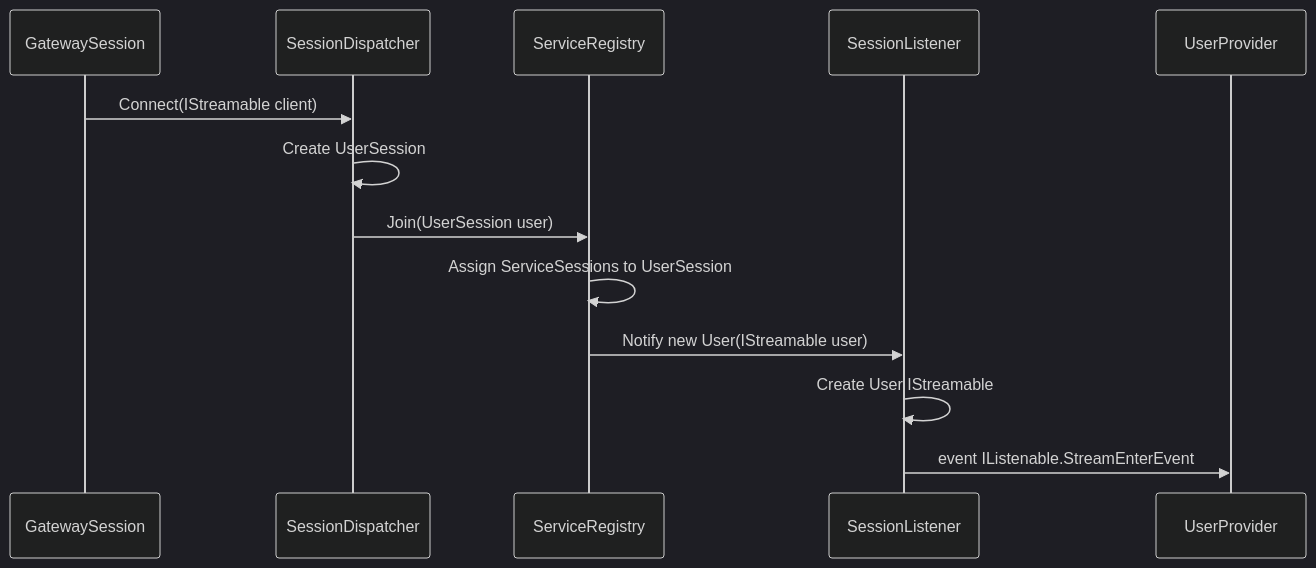
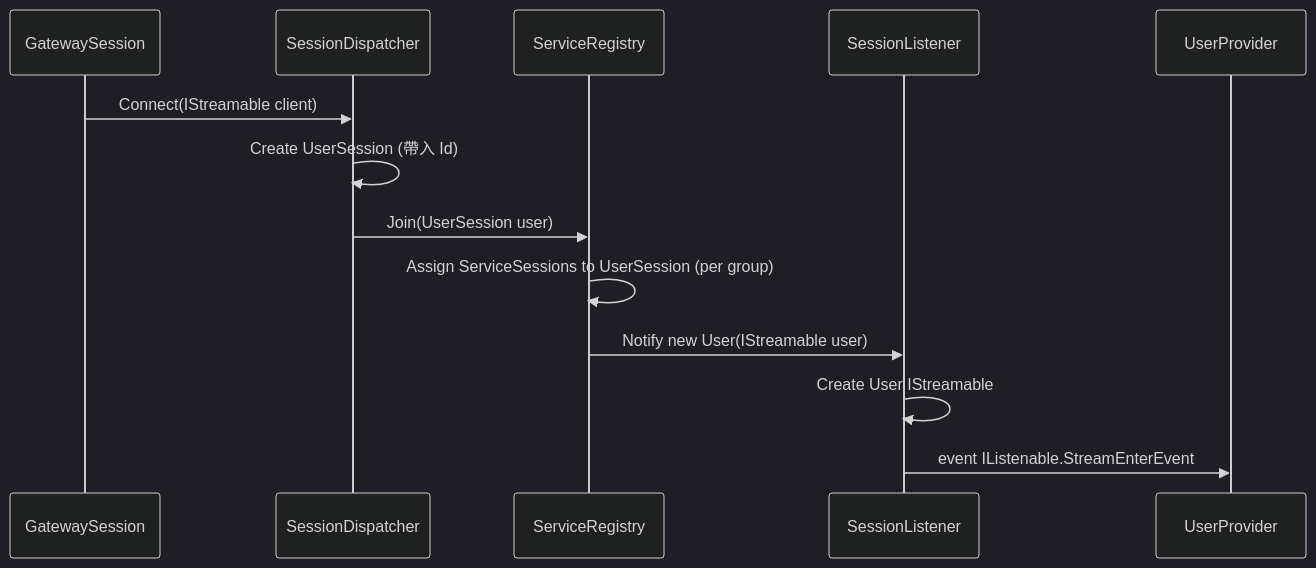
One commit to jiowchern/PinionCore.Remote changed the fourth of 6 diagrams in PinionCore.Remote.Gateway/design.md. Above: the diagram before and after it, drawn with Mermaid (dark theme). The commit also changed other lines of this file and 4 other files, not shown here.

````diff
--- a/PinionCore.Remote.Gateway/design.md
+++ b/PinionCore.Remote.Gateway/design.md
@@ -161,16 +172,16 @@
 ```mermaid
 sequenceDiagram
     participant GatewaySession 
     participant SessionDispatcher
     participant ServiceRegistry
     participant SessionListener
 
     GatewaySession ->> SessionDispatcher: Connect(IStreamable client)
-    SessionDispatcher ->> SessionDispatcher : Create UserSession
+    SessionDispatcher ->> SessionDispatcher : Create UserSession (帶入 Id)
     SessionDispatcher ->> ServiceRegistry: Join(UserSession user)
-    ServiceRegistry ->> ServiceRegistry: Assign ServiceSessions to UserSession
+    ServiceRegistry ->> ServiceRegistry: Assign ServiceSessions to UserSession (per group)
     ServiceRegistry ->> SessionListener: Notify new User(IStreamable user)
 
     SessionListener ->> SessionListener: Create User IStreamable
     SessionListener  ->> UserProvider: event IListenable.StreamEnterEvent
 ```
````
